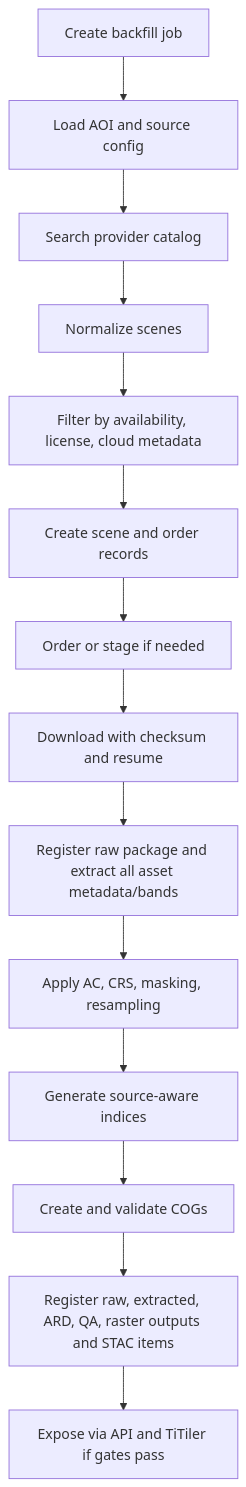
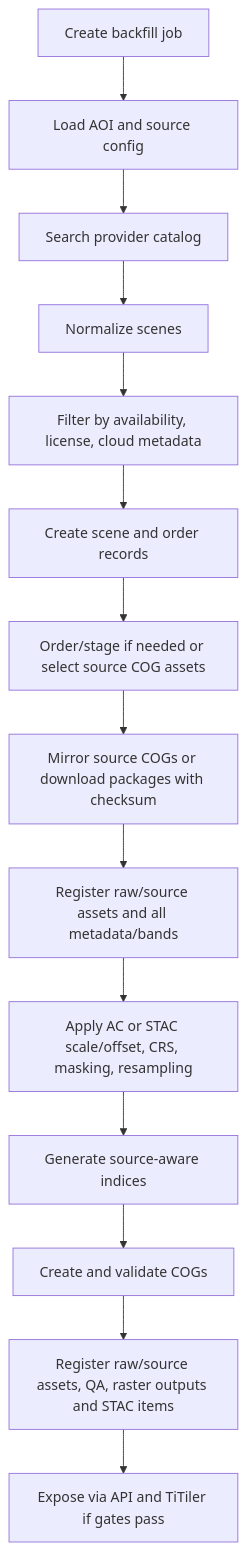
The second of 2 diagrams in docs/architecture-technical-stack.md (nishanthturnstile/akasha-ingestion), drawn with Mermaid before and after one commit. The commit also changed other lines of this file and 4 other files, not shown here.

````diff
--- a/docs/architecture-technical-stack.md
+++ b/docs/architecture-technical-stack.md
@@ -627,16 +636,16 @@
 ```mermaid
 flowchart TD
   A[Create backfill job] --> B[Load AOI and source config]
   B --> C[Search provider catalog]
   C --> D[Normalize scenes]
   D --> E[Filter by availability, license, cloud metadata]
   E --> F[Create scene and order records]
-  F --> G[Order or stage if needed]
-  G --> H[Download with checksum and resume]
-  H --> I[Register raw package and extract all asset metadata/bands]
-  I --> J[Apply AC, CRS, masking, resampling]
+  F --> G[Order/stage if needed or select source COG assets]
+  G --> H[Mirror source COGs or download packages with checksum]
+  H --> I[Register raw/source assets and all metadata/bands]
+  I --> J[Apply AC or STAC scale/offset, CRS, masking, resampling]
   J --> K[Generate source-aware indices]
   K --> L[Create and validate COGs]
-  L --> M[Register raw, extracted, ARD, QA, raster outputs and STAC items]
+  L --> M[Register raw/source assets, QA, raster outputs and STAC items]
   M --> N[Expose via API and TiTiler if gates pass]
 ```
````
